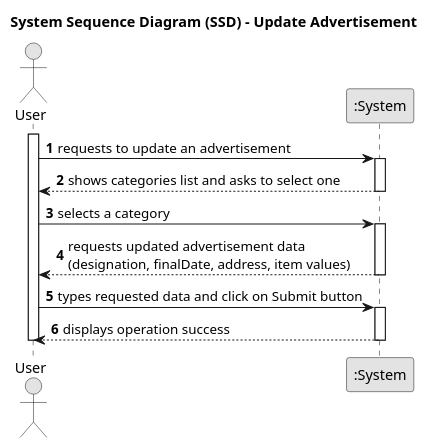
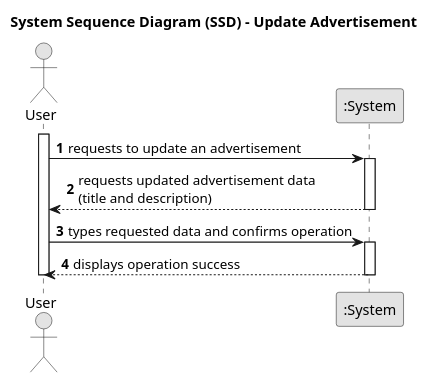
Before and after one commit to vivianeaalmeida/ComeAndGet: the diagram in Docs/US13/01-requirements-engineering/US13-SSD.puml, drawn with PlantUML. The commit also changed 4 other files, not shown here.

Commit message:
[Docs] Update US07 and US13 sequence diagrams

```diff
--- a/Docs/US13/01-requirements-engineering/US13-SSD.puml
+++ b/Docs/US13/01-requirements-engineering/US13-SSD.puml
@@ -1,34 +1,28 @@
 @startuml
 skinparam monochrome true
 skinparam packageStyle rectangle
 skinparam shadowing false
 
 title System Sequence Diagram (SSD) - Update Advertisement
 
 autonumber
 
 actor "User" as User
 participant ":System" as System
 
 activate User
 
     User -> System : requests to update an advertisement
         activate System
 
-            System --> User : shows categories list and asks to select one
+            System --> User : requests updated advertisement data \n(title and description)
         deactivate System
 
-        User -> System : selects a category
-        activate System
-
-            System --> User : requests updated advertisement data \n(designation, finalDate, address, item values)
-        deactivate System
-
-        User -> System : types requested data and click on Submit button
+        User -> System : types requested data and confirms operation
         activate System
 
             System --> User : displays operation success
         deactivate System
 
 deactivate User
 @enduml
```
